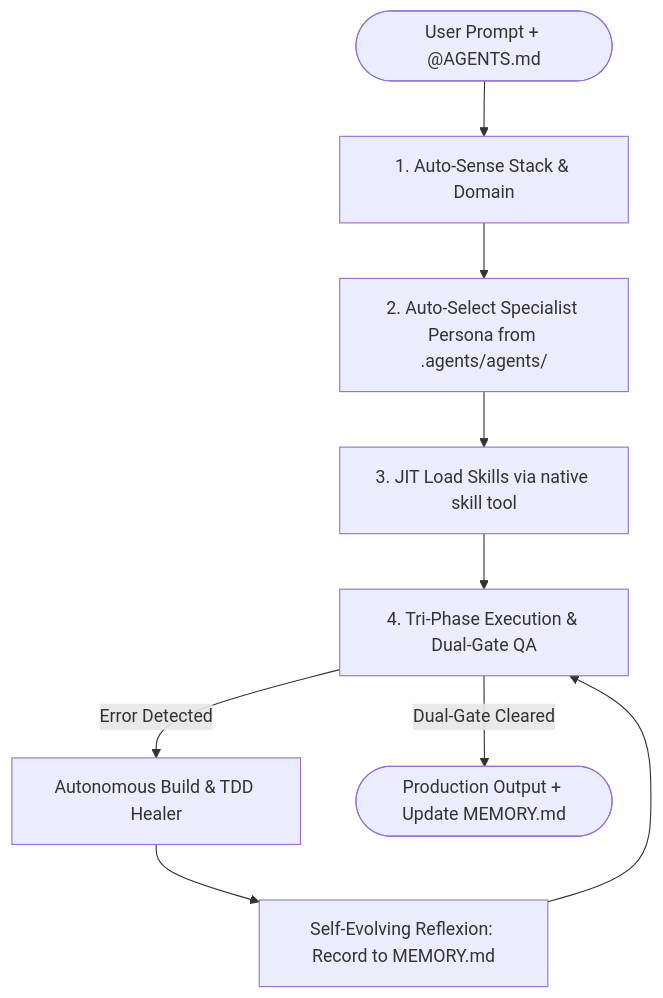
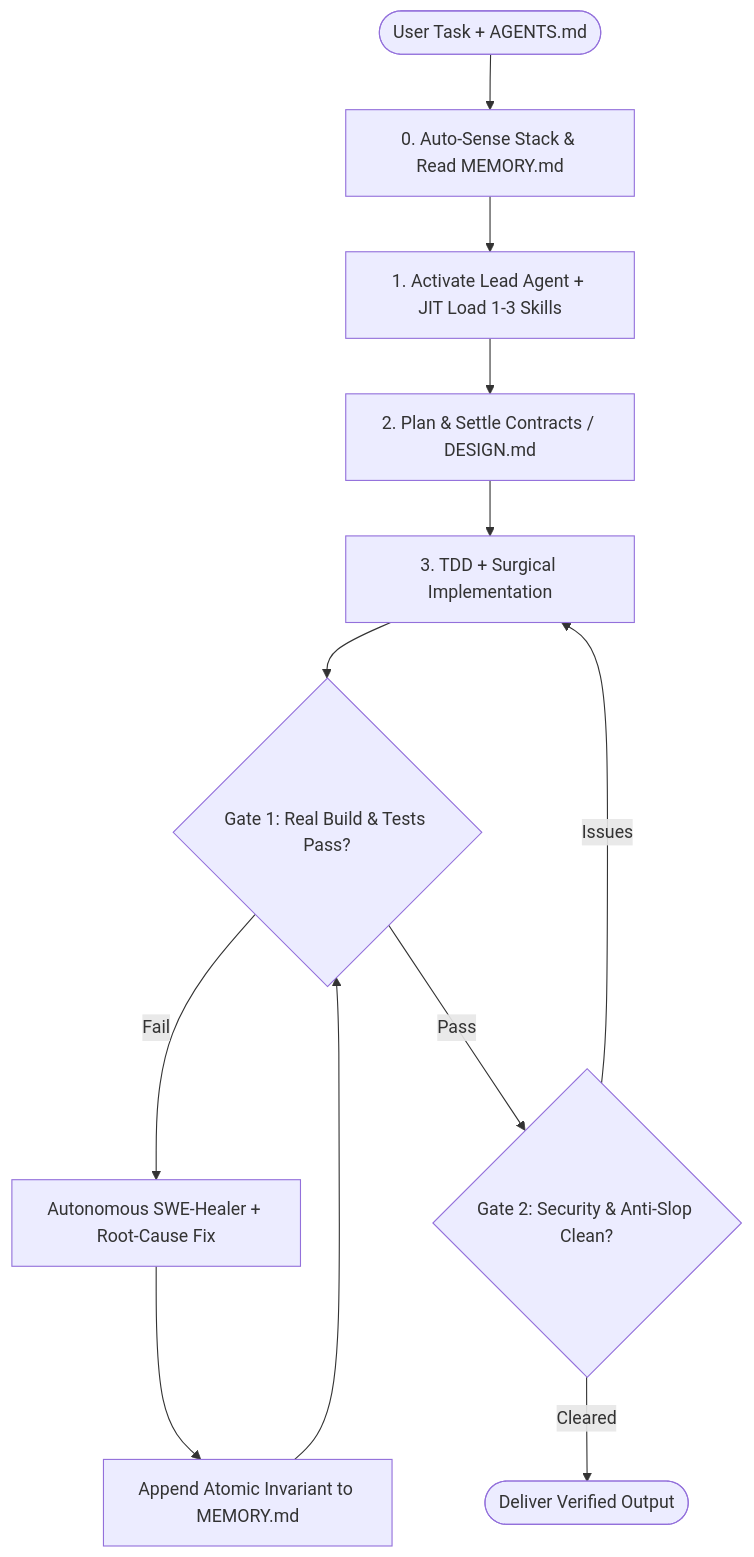
One commit to FerzDevZ/freebuff-power changed the diagram in superpower/AGENTS.md. Above: the diagram before and after it, drawn with Mermaid. The commit also changed other lines of this file and 54 other files, not shown here.

````diff
--- a/superpower/AGENTS.md
+++ b/superpower/AGENTS.md
@@ -16,11 +38,14 @@
 ```mermaid
 graph TD
-    Trigger([User Prompt + @AGENTS.md]) --> Step1[1. Auto-Sense Stack & Domain]
-    Step1 --> Step2[2. Auto-Select Specialist Persona from .agents/agents/]
-    Step2 --> Step3[3. JIT Load Skills via native skill tool]
-    Step3 --> Step4[4. Tri-Phase Execution & Dual-Gate QA]
-    Step4 -->|Error Detected| Heal[Autonomous Build & TDD Healer]
-    Heal --> Reflect[Self-Evolving Reflexion: Record to MEMORY.md]
-    Reflect --> Step4
-    Step4 -->|Dual-Gate Cleared| Deliver([Production Output + Update MEMORY.md])
+    Prompt([User Task + AGENTS.md]) --> Sense[0. Auto-Sense Stack & Read MEMORY.md]
+    Sense --> Route[1. Activate Lead Agent + JIT Load 1-3 Skills]
+    Route --> Plan[2. Plan & Settle Contracts / DESIGN.md]
+    Plan --> Build[3. TDD + Surgical Implementation]
+    Build --> Gate1{Gate 1: Real Build & Tests Pass?}
+    Gate1 -->|Fail| Heal[Autonomous SWE-Healer + Root-Cause Fix]
+    Heal --> Reflect[Append Atomic Invariant to MEMORY.md]
+    Reflect --> Gate1
+    Gate1 -->|Pass| Gate2{Gate 2: Security & Anti-Slop Clean?}
+    Gate2 -->|Issues| Build
+    Gate2 -->|Cleared| Ship([Deliver Verified Output])
 ```
````
